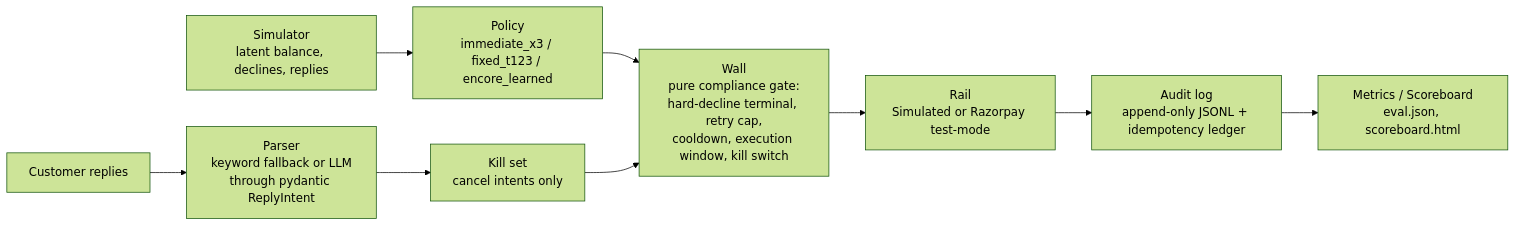
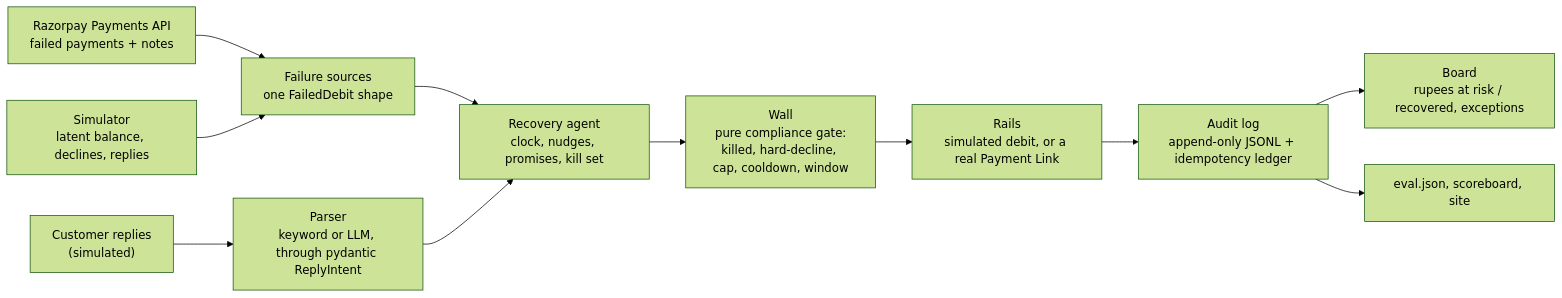
The diagram in README.md (ranvir7123/Encore), drawn with Mermaid (forest theme) before and after one commit. The commit also changed other lines of this file and 3 other files, not shown here.

````diff
--- a/README.md
+++ b/README.md
@@ -115,13 +183,14 @@
 ```mermaid
 flowchart LR
-    SIM["Simulator<br/>latent balance, declines, replies"] --> POL
-    POL["Policy<br/>immediate_x3 / fixed_t123 / encore_learned"] --> WALL
-    WALL["Wall<br/>pure compliance gate:<br/>hard-decline terminal, retry cap,<br/>cooldown, execution window, kill switch"] --> RAIL
-    RAIL["Rail<br/>Simulated or Razorpay test-mode"] --> AUDIT
-    AUDIT["Audit log<br/>append-only JSONL + idempotency ledger"] --> METRICS
-    METRICS["Metrics / Scoreboard<br/>eval.json, scoreboard.html"]
-
-    REPLIES["Customer replies"] --> PARSER
-    PARSER["Parser<br/>keyword fallback or LLM<br/>through pydantic ReplyIntent"] --> KILL
-    KILL["Kill set<br/>cancel intents only"] --> WALL
+    RZP["Razorpay Payments API<br/>failed payments + notes"] --> SRC
+    SIM["Simulator<br/>latent balance, declines, replies"] --> SRC
+    SRC["Failure sources<br/>one FailedDebit shape"] --> AGENT
+    REPLIES["Customer replies<br/>(simulated)"] --> PARSER
+    PARSER["Parser<br/>keyword or LLM, through pydantic ReplyIntent"] --> AGENT
+    AGENT["Recovery agent<br/>clock, nudges, promises, kill set"] --> WALL
+    WALL["Wall<br/>pure compliance gate:<br/>killed, hard-decline, cap, cooldown, window"] --> RAIL
+    RAIL["Rails<br/>simulated debit, or a real Payment Link"] --> AUDIT
+    AUDIT["Audit log<br/>append-only JSONL + idempotency ledger"] --> BOARD
+    BOARD["Board<br/>rupees at risk / recovered, exceptions"]
+    AUDIT --> METRICS["eval.json, scoreboard, site"]
 ```
````
